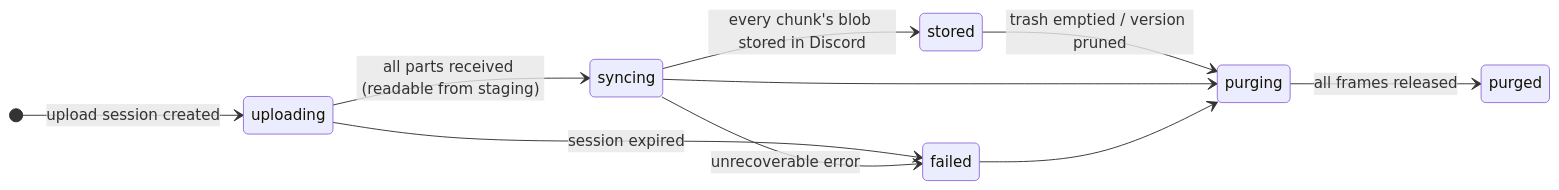
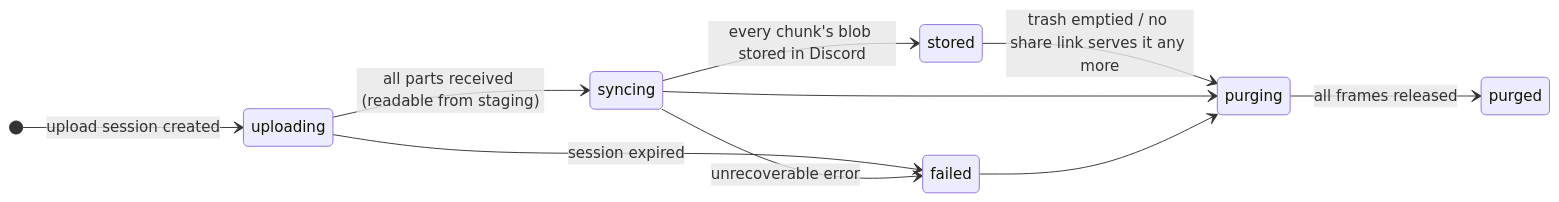
One commit to AlexB8675/DFS changed the fourth of 11 diagrams in docs/DESIGN.md. Above: the diagram before and after it, drawn with Mermaid. The commit also changed other lines of this file and 10 other files, not shown here.

````diff
--- a/docs/DESIGN.md
+++ b/docs/DESIGN.md
@@ -356,13 +364,13 @@
 ```mermaid
 stateDiagram-v2
     direction LR
     [*] --> uploading : upload session created
     uploading --> syncing : all parts received (readable from staging)
     syncing --> stored : every chunk's blob stored in Discord
     uploading --> failed : session expired
     syncing --> failed : unrecoverable error
-    stored --> purging : trash emptied / version pruned
+    stored --> purging : trash emptied / no share link serves it any more
     syncing --> purging
     failed --> purging
     purging --> purged : all frames released
 ```
````
